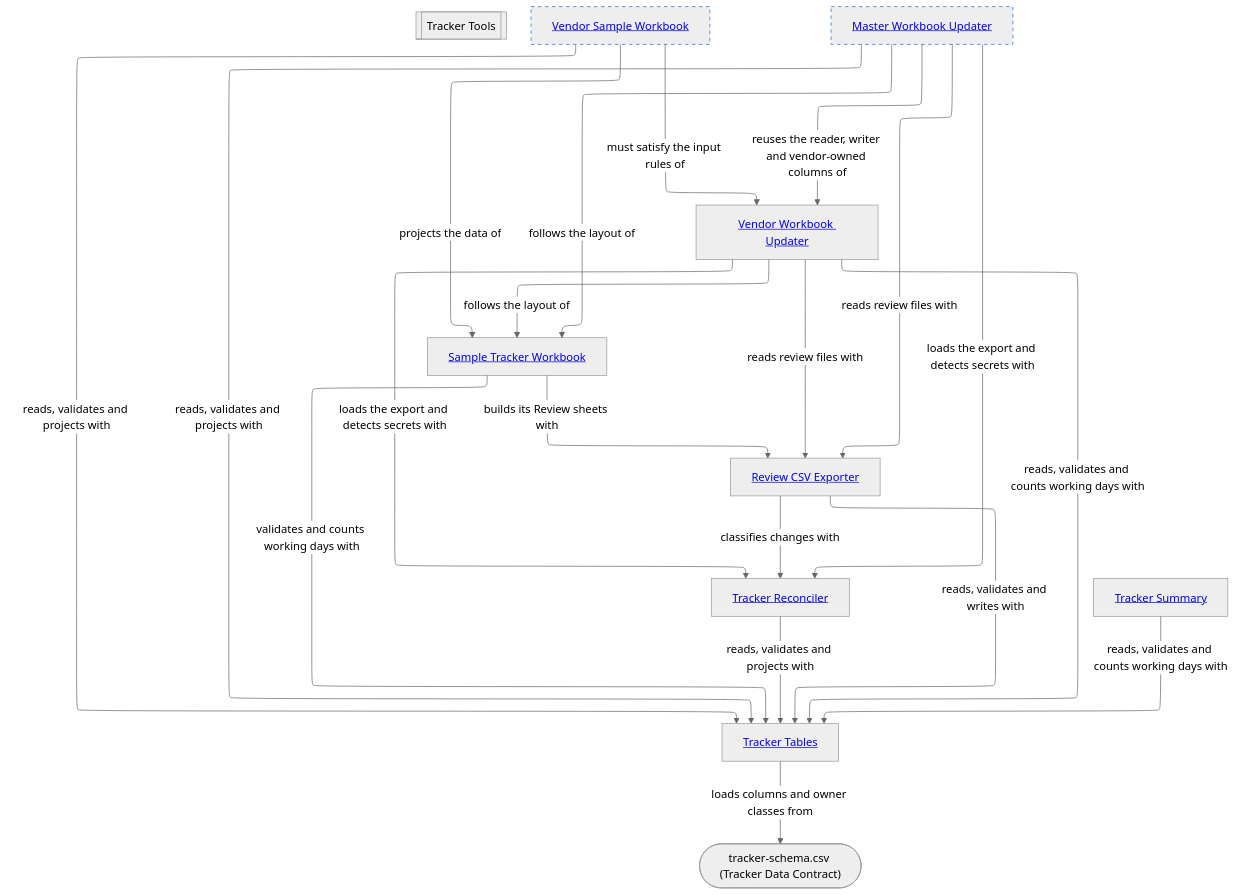
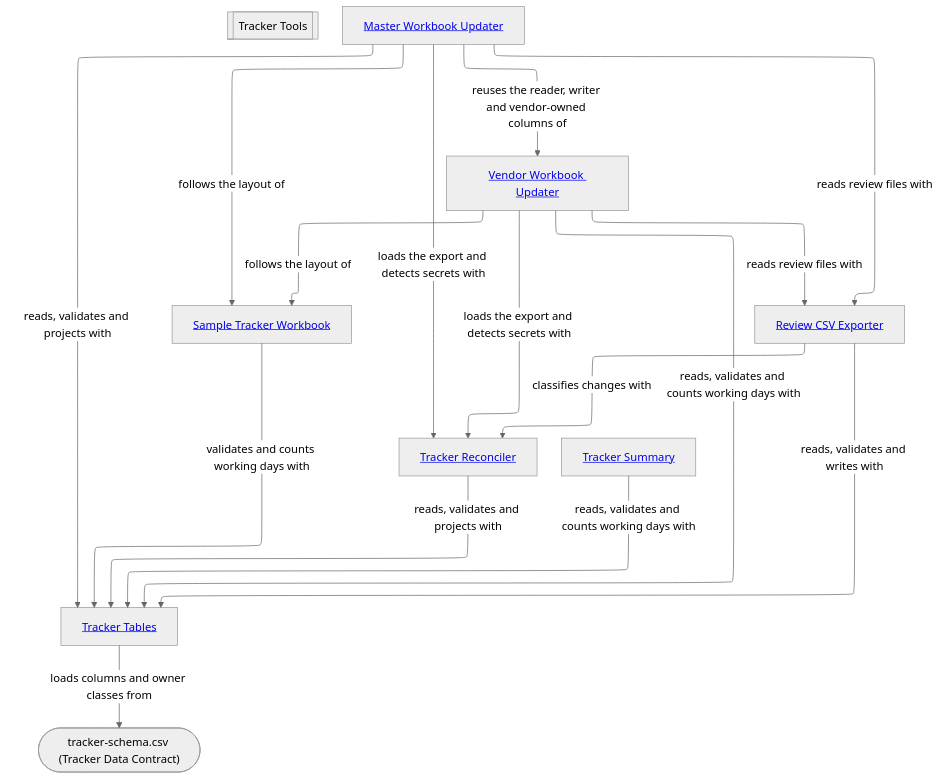
One commit to vrparthasarathy/migration-job-discovery changed the diagram in tracker-tools/README.md. Above: the diagram before and after it, drawn with Mermaid (neutral theme). The commit also changed other lines of this file and 143 other files, not shown here.

````diff
--- a/tracker-tools/README.md
+++ b/tracker-tools/README.md
@@ -106,38 +35,32 @@
 ```mermaid
 ---
 config:
   layout: elk
 ---
 %%{init: {"securityLevel": "loose"}}%%
 flowchart TB
   grp[["Tracker Tools"]]
   tracker_tables["<a href='tracker-tables/README.md#diagram'>Tracker Tables</a>"]
   tracker_reconciler["<a href='tracker-reconciler/README.md#diagram'>Tracker Reconciler</a>"]
   tracker_summary["<a href='tracker-summary/README.md#diagram'>Tracker Summary</a>"]
   schema(["tracker-schema.csv (Tracker Data Contract)"])
   tracker_reconciler -->|"reads, validates and projects with"| tracker_tables
   tracker_summary -->|"reads, validates and counts working days with"| tracker_tables
   sample["<a href='sample-tracker-workbook/README.md#diagram'>Sample Tracker Workbook</a>"]
   sample -->|"validates and counts working days with"| tracker_tables
   exporter["<a href='review-csv-exporter/README.md#diagram'>Review CSV Exporter</a>"]
   exporter -->|"reads, validates and writes with"| tracker_tables
   exporter -->|"classifies changes with"| tracker_reconciler
   updater["<a href='vendor-workbook-updater/README.md#diagram'>Vendor Workbook Updater</a>"]
   updater -->|"reads, validates and counts working days with"| tracker_tables
   updater -->|"loads the export and detects secrets with"| tracker_reconciler
   updater -->|"reads review files with"| exporter
   updater -->|"follows the layout of"| sample
-  vsample["<a href='vendor-sample-workbook/README.md#planned-diagram'>Vendor Sample Workbook</a>"]:::planned
-  vsample -->|"reads, validates and projects with"| tracker_tables
-  vsample -->|"projects the data of"| sample
-  vsample -->|"must satisfy the input rules of"| updater
-  master["<a href='master-workbook-updater/README.md#planned-diagram'>Master Workbook Updater</a>"]:::planned
+  master["<a href='master-workbook-updater/README.md#diagram'>Master Workbook Updater</a>"]
   master -->|"reads, validates and projects with"| tracker_tables
   master -->|"loads the export and detects secrets with"| tracker_reconciler
   master -->|"reads review files with"| exporter
   master -->|"follows the layout of"| sample
   master -->|"reuses the reader, writer and vendor-owned columns of"| updater
-  sample -->|"builds its Review sheets with"| exporter
   tracker_tables -->|"loads columns and owner classes from"| schema
-  classDef planned stroke-dasharray: 5 5,stroke:#2563eb
 ```
````
